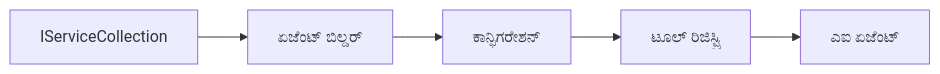
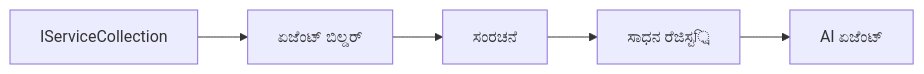
Before and after one commit to venturemavenwill/azureaifundamentals: the diagram in translations/kn/03-agentic-design-patterns/code_samples/03-dotnet-agent-framework.md, drawn with Mermaid. The commit also changed other lines of this file and 4861 other files, not shown here.

````diff
--- a/translations/kn/03-agentic-design-patterns/code_samples/03-dotnet-agent-framework.md
+++ b/translations/kn/03-agentic-design-patterns/code_samples/03-dotnet-agent-framework.md
@@ -41,7 +41,7 @@
 ```mermaid
 graph LR
     A[IServiceCollection] --> B[ಏಜೆಂಟ್ ಬಿಲ್ಡರ್]
-    B --> C[ಕಾನ್ಫಿಗರೇಶನ್]
-    C --> D[ಟೂಲ್ ರಿಜಿಸ್ಟ್ರಿ]
-    D --> E[ಎಐ ಏಜೆಂಟ್]
+    B --> C[ಸಂರಚನೆ]
+    C --> D[ಸಾಧನ ರೆಜಿಸ್ಟ্রি]
+    D --> E[AI ಏಜೆಂಟ್]
 ```
````
